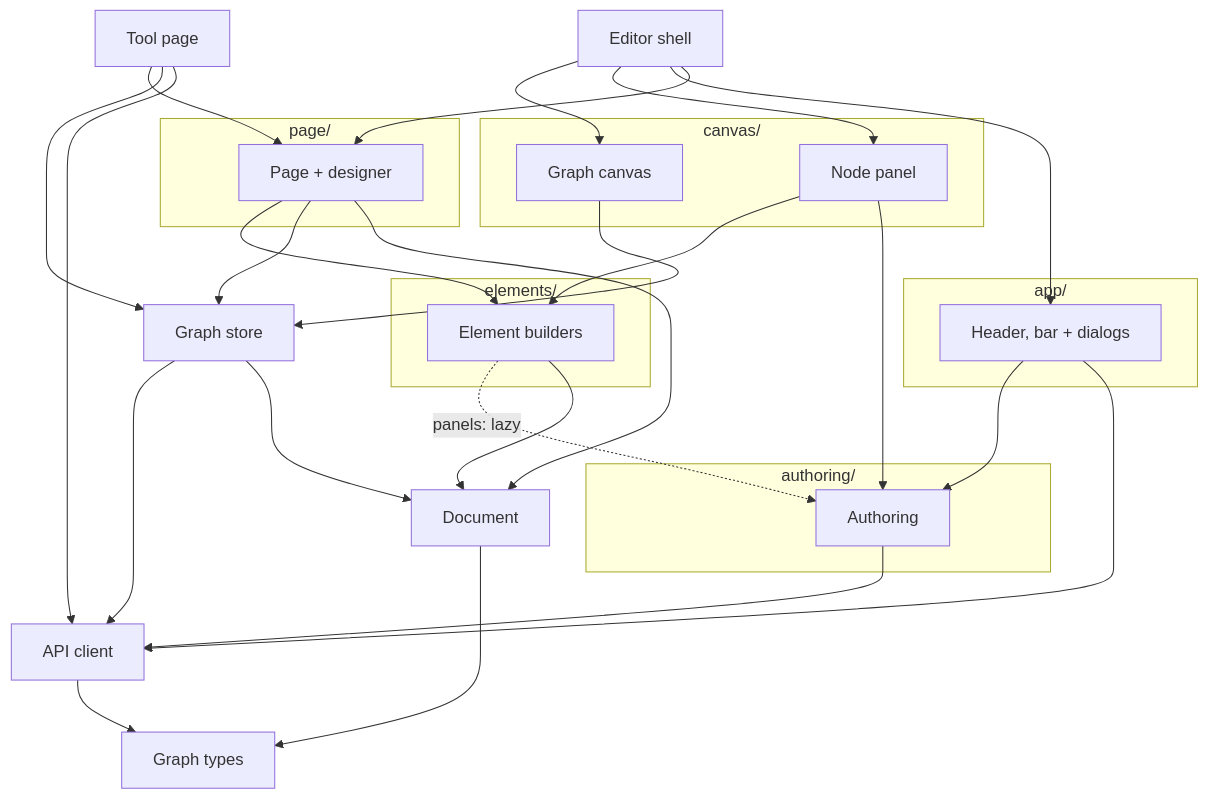
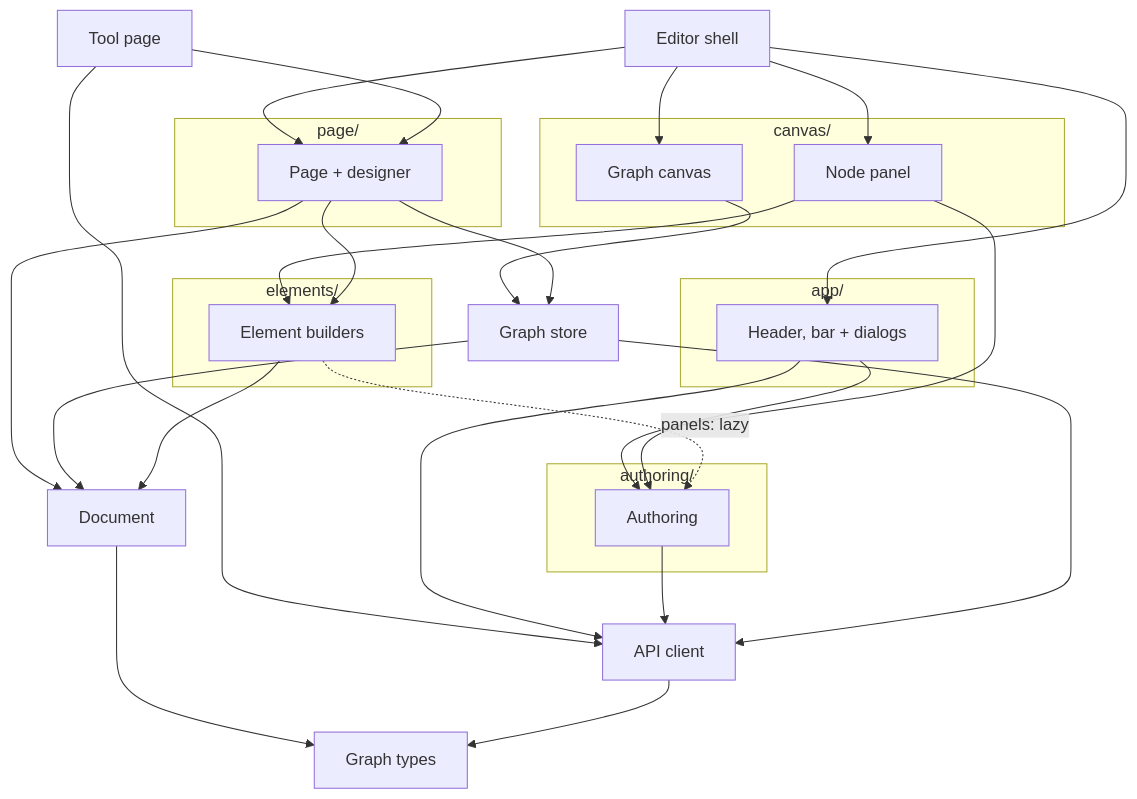
One commit to Archimedes79/AI_Graph changed the eighth of 8 diagrams in arch/overview.md. Above: the diagram before and after it, drawn with Mermaid. The commit also changed other lines of this file and 3 other files, not shown here.

First line of the commit message:
test(runtime): the delivered tool reaches nothing in store/, canvas/, authoring/ or app/

````diff
--- a/arch/overview.md
+++ b/arch/overview.md
@@ -488,50 +489,49 @@
 ```mermaid
 flowchart TD
   App["Editor shell"]
   Runtime["Tool page"]
 
   subgraph app["app/"]
     Toolbar["Header, bar + dialogs"]
   end
   subgraph canvas["canvas/"]
     Canvas["Graph canvas"]
     NodeEd["Node panel"]
   end
   subgraph page["page/"]
     Page["Page + designer"]
   end
   subgraph elements["elements/"]
     Registry["Element builders"]
   end
   subgraph authoring["authoring/"]
     Authoring["Authoring"]
   end
 
   Store["Graph store"]
   Document["Document"]
   Client["API client"]
   Graph["Graph types"]
 
   App --> Canvas
   App --> NodeEd
   App --> Toolbar
   App --> Page
   Runtime --> Page
-  Runtime --> Store
   Runtime --> Client
   Canvas --> Store
   NodeEd --> Registry
   NodeEd --> Authoring
   Toolbar --> Authoring
   Toolbar --> Client
   Page --> Registry
   Page --> Store
   Page --> Document
   Registry -. "panels: lazy" .-> Authoring
   Authoring --> Client
   Store --> Client
   Store --> Document
   Registry --> Document
   Document --> Graph
   Client --> Graph
 ```
````
